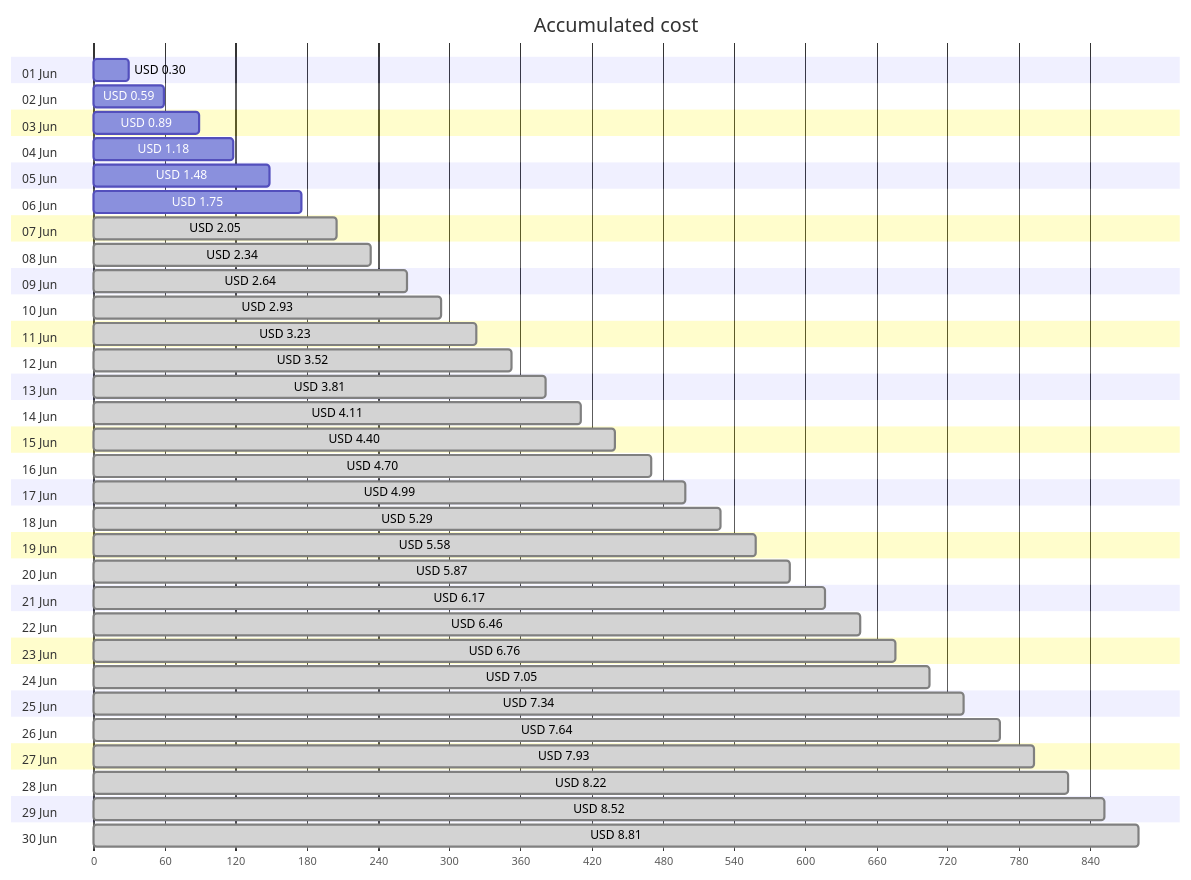
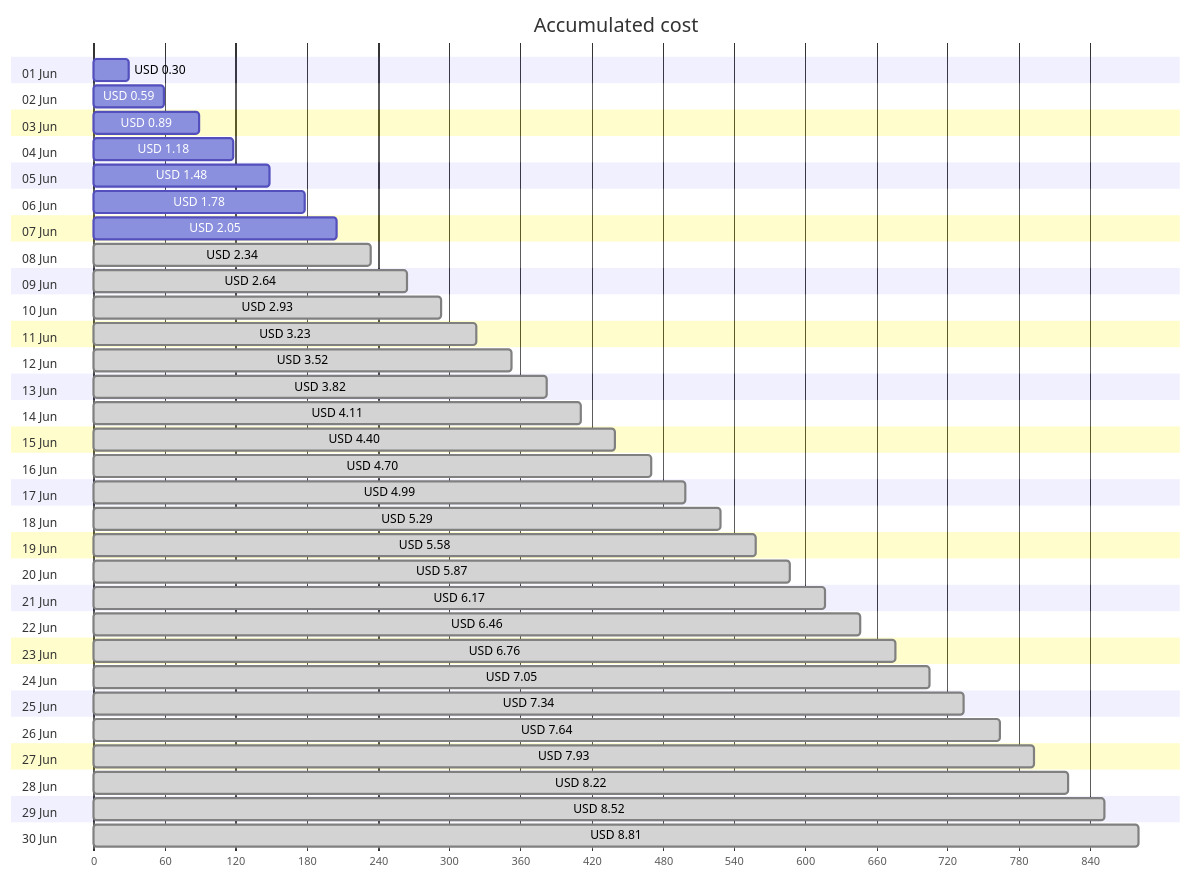
Before and after one commit to jpfulton/azure-personal-reports: the first of 4 diagrams in cost-reports/personal-site/personal-site.md, drawn with Mermaid. The commit also changed other lines of this file and 6 other files, not shown here.

````diff
--- a/cost-reports/personal-site/personal-site.md
+++ b/cost-reports/personal-site/personal-site.md
@@ -20,66 +20,66 @@
 ```mermaid
 gantt
    title Accumulated cost
    dateFormat  X
    axisFormat %s
    section 01 Jun
    USD 0.30 :0, 30
    section 02 Jun
    USD 0.59 :0, 59
    section 03 Jun
    USD 0.89 :0, 89
    section 04 Jun
    USD 1.18 :0, 118
    section 05 Jun
    USD 1.48 :0, 148
    section 06 Jun
-   USD 1.75 :0, 175
+   USD 1.78 :0, 178
    section 07 Jun
-   USD 2.05 : done, 0, 205
+   USD 2.05 :0, 205
    section 08 Jun
    USD 2.34 : done, 0, 234
    section 09 Jun
    USD 2.64 : done, 0, 264
    section 10 Jun
    USD 2.93 : done, 0, 293
    section 11 Jun
    USD 3.23 : done, 0, 323
    section 12 Jun
    USD 3.52 : done, 0, 352
    section 13 Jun
-   USD 3.81 : done, 0, 381
+   USD 3.82 : done, 0, 382
    section 14 Jun
    USD 4.11 : done, 0, 411
    section 15 Jun
    USD 4.40 : done, 0, 440
    section 16 Jun
    USD 4.70 : done, 0, 470
    section 17 Jun
    USD 4.99 : done, 0, 499
    section 18 Jun
    USD 5.29 : done, 0, 529
    section 19 Jun
    USD 5.58 : done, 0, 558
    section 20 Jun
    USD 5.87 : done, 0, 587
    section 21 Jun
    USD 6.17 : done, 0, 617
    section 22 Jun
    USD 6.46 : done, 0, 646
    section 23 Jun
    USD 6.76 : done, 0, 676
    section 24 Jun
    USD 7.05 : done, 0, 705
    section 25 Jun
    USD 7.34 : done, 0, 734
    section 26 Jun
    USD 7.64 : done, 0, 764
    section 27 Jun
    USD 7.93 : done, 0, 793
    section 28 Jun
    USD 8.22 : done, 0, 822
    section 29 Jun
    USD 8.52 : done, 0, 852
    section 30 Jun
    USD 8.81 : done, 0, 881
 ```
````
